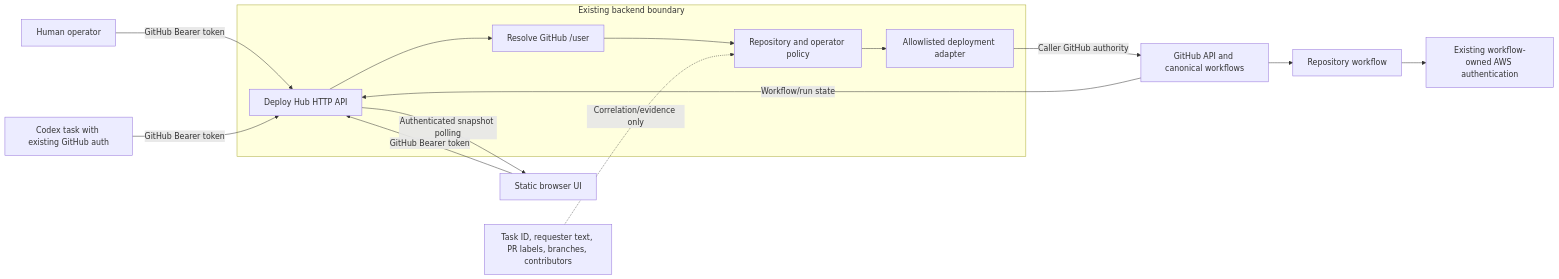
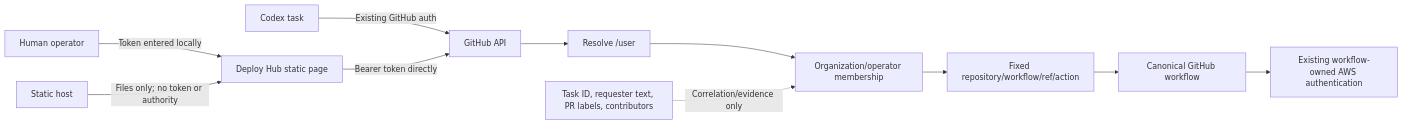
One commit to 6529-Collections/deploy-hub changed the diagram in docs/security-model.md. Above: the diagram before and after it, drawn with Mermaid. The commit also changed other lines of this file and 23 other files, not shown here.

Commit message:
Add portable static GitHub authentication

````diff
--- a/docs/security-model.md
+++ b/docs/security-model.md
@@ -36,20 +29,15 @@
 ```mermaid
 flowchart LR
-    U["Human operator"] -->|"GitHub Bearer token"| API["Deploy Hub HTTP API"]
-    C["Codex task with existing GitHub auth"] -->|"GitHub Bearer token"| API
-    B["Static browser UI"] -->|"GitHub Bearer token"| API
+    U["Human operator"] -->|"Token entered locally"| UI["Deploy Hub static page"]
+    C["Codex task"] -->|"Existing GitHub auth"| GH["GitHub API"]
+    UI -->|"Bearer token directly"| GH
 
-    subgraph S["Existing backend boundary"]
-        API --> V["Resolve GitHub /user"]
-        V --> P["Repository and operator policy"]
-        P --> A["Allowlisted deployment adapter"]
-    end
+    GH --> V["Resolve /user"]
+    V --> P["Organization/operator membership"]
+    P --> A["Fixed repository/workflow/ref/action"]
+    A --> W["Canonical GitHub workflow"]
+    W --> AWS["Existing workflow-owned AWS authentication"]
 
-    A -->|"Caller GitHub authority"| GH["GitHub API and canonical workflows"]
-    GH --> R["Repository workflow"]
-    R --> AWS["Existing workflow-owned AWS authentication"]
-    GH -->|"Workflow/run state"| API
-    API -->|"Authenticated snapshot polling"| B
-
-    X["Task ID, requester text, PR labels, branches, contributors"] -. "Correlation/evidence only" .-> P
+    X["Task ID, requester text, PR labels, contributors"] -. "Correlation/evidence only" .-> P
+    H["Static host"] -->|"Files only; no token or authority"| UI
 ```
````
